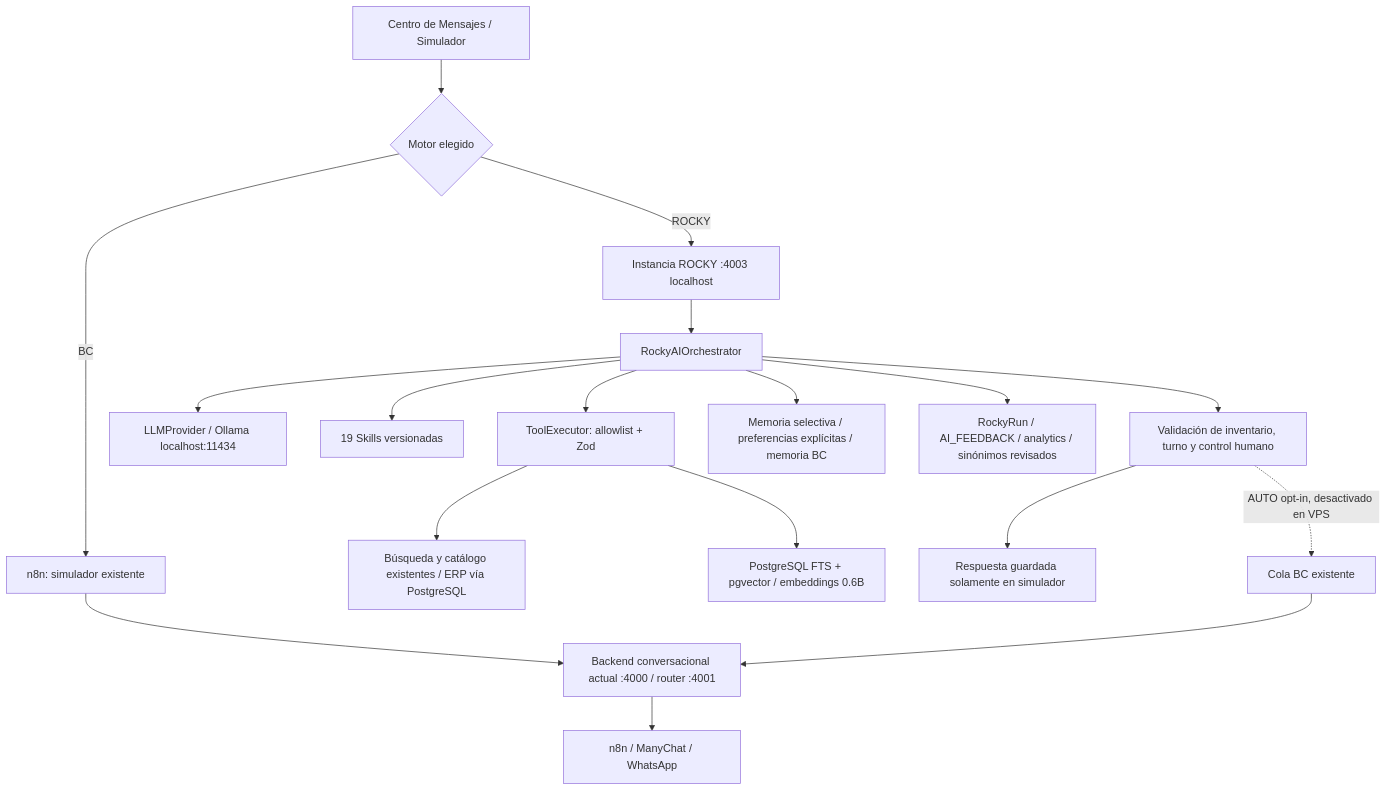
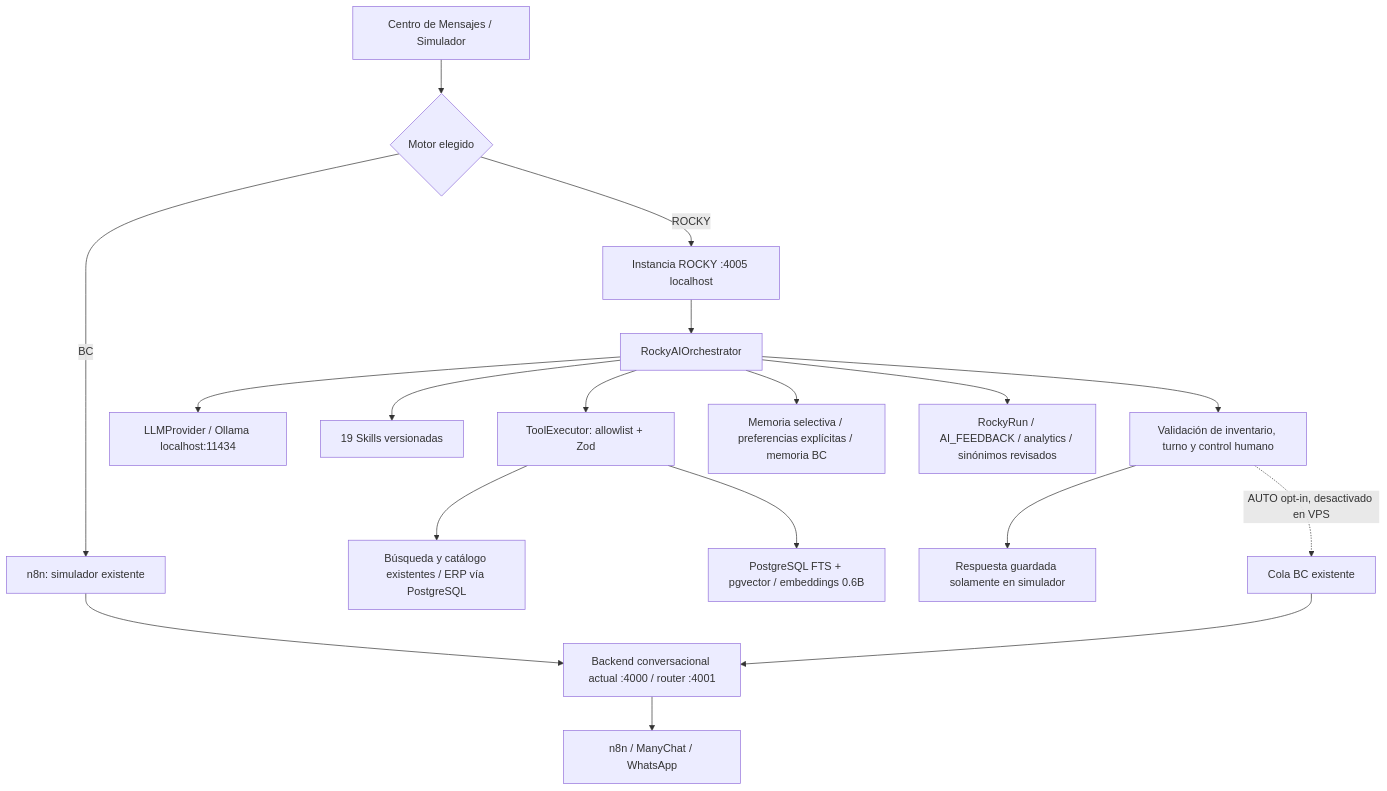
The diagram in docs/rocky/README.md (marcpd28-png/sistema-web-importadora-super), drawn with Mermaid before and after one commit. The commit also changed other lines of this file and 12 other files, not shown here.

````diff
--- a/docs/rocky/README.md
+++ b/docs/rocky/README.md
@@ -15,20 +15,20 @@
 ```mermaid
 flowchart TD
   UI[Centro de Mensajes / Simulador] --> SELECT{Motor elegido}
   SELECT -->|BC| N8N[n8n: simulador existente]
   N8N --> BC[Backend conversacional actual :4000 / router :4001]
-  SELECT -->|ROCKY| API[Instancia ROCKY :4003 localhost]
+  SELECT -->|ROCKY| API[Instancia ROCKY :4005 localhost]
   API --> ORCH[RockyAIOrchestrator]
   ORCH --> PLAN[LLMProvider / Ollama localhost:11434]
   ORCH --> SK[19 Skills versionadas]
   ORCH --> TOOLS[ToolExecutor: allowlist + Zod]
   TOOLS --> CATALOG[Búsqueda y catálogo existentes / ERP vía PostgreSQL]
   TOOLS --> RAG[PostgreSQL FTS + pgvector / embeddings 0.6B]
   ORCH --> MEMORY[Memoria selectiva / preferencias explícitas / memoria BC]
   ORCH --> TRACE[RockyRun / AI_FEEDBACK / analytics / sinónimos revisados]
   ORCH --> GUARD[Validación de inventario, turno y control humano]
   GUARD --> SIM[Respuesta guardada solamente en simulador]
   GUARD -. AUTO opt-in, desactivado en VPS .-> OUTBOX[Cola BC existente]
   OUTBOX --> BC
   BC --> OUT[n8n / ManyChat / WhatsApp]
 ```
````
